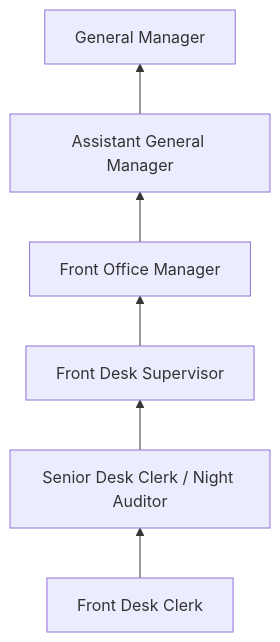
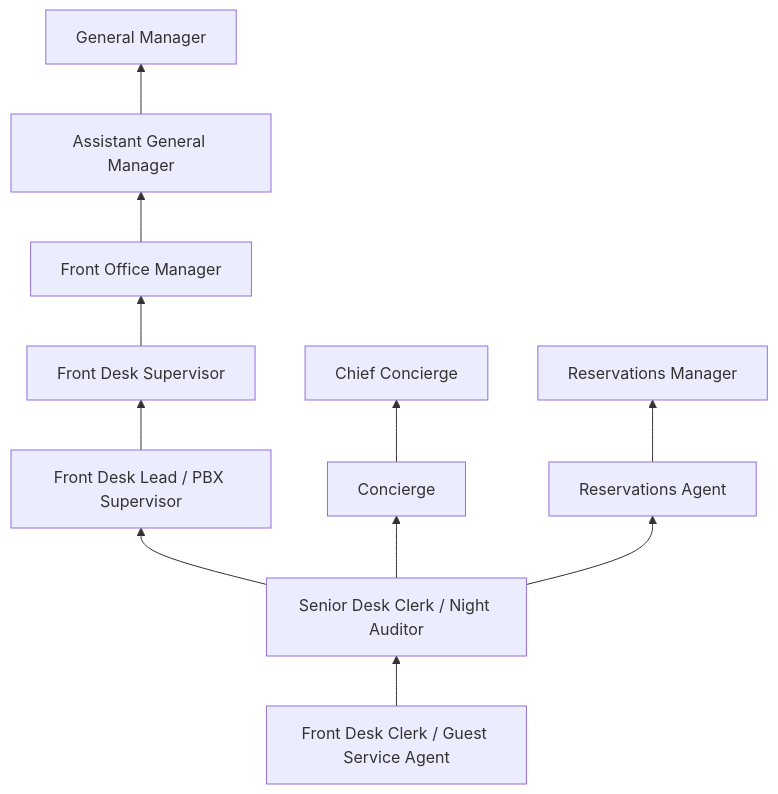
The third of 4 diagrams in occupations/Administrative/HotelMotelAndResortDeskClerks.mdx (kziemski/business.org.ai), drawn with Mermaid before and after one commit. The commit also changed other lines of this file and 19 other files, not shown here.

````diff
--- a/occupations/Administrative/HotelMotelAndResortDeskClerks.mdx
+++ b/occupations/Administrative/HotelMotelAndResortDeskClerks.mdx
@@ -77,8 +136,15 @@
 ```mermaid
 graph BT
-    Entry["Front Desk Clerk"] --> Mid["Senior Desk Clerk / Night Auditor"]
-    Mid --> Supervisor["Front Desk Supervisor"]
+    Entry["Front Desk Clerk / Guest Service Agent"] --> Mid["Senior Desk Clerk / Night Auditor"]
+    Mid --> Lead["Front Desk Lead / PBX Supervisor"]
+    Lead --> Supervisor["Front Desk Supervisor"]
     Supervisor --> Manager["Front Office Manager"]
     Manager --> AGM["Assistant General Manager"]
     AGM --> GM["General Manager"]
+
+    Mid --> Concierge["Concierge"]
+    Concierge --> ChiefConcierge["Chief Concierge"]
+
+    Mid --> Reservations["Reservations Agent"]
+    Reservations --> ResMgr["Reservations Manager"]
 ```
````
